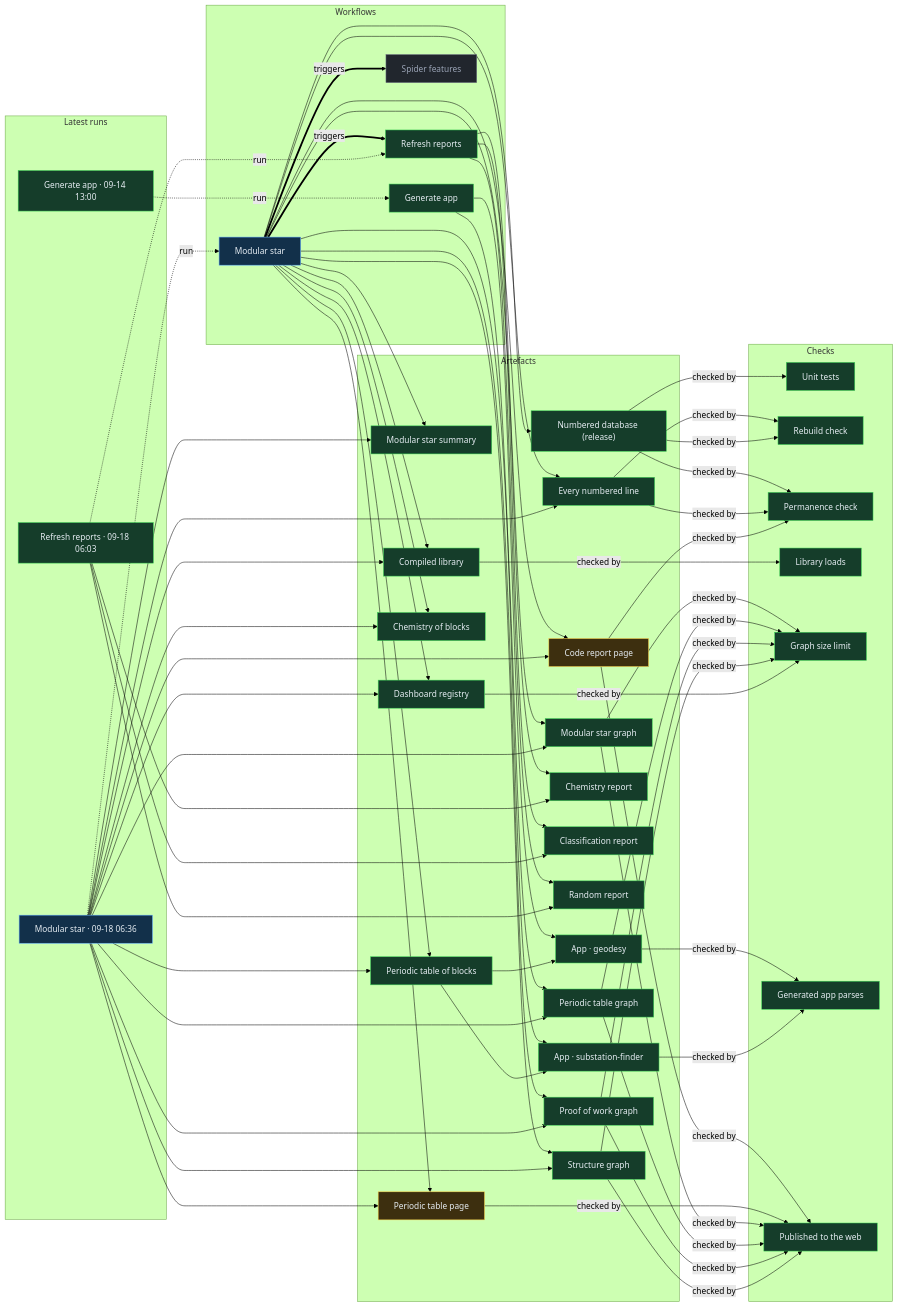
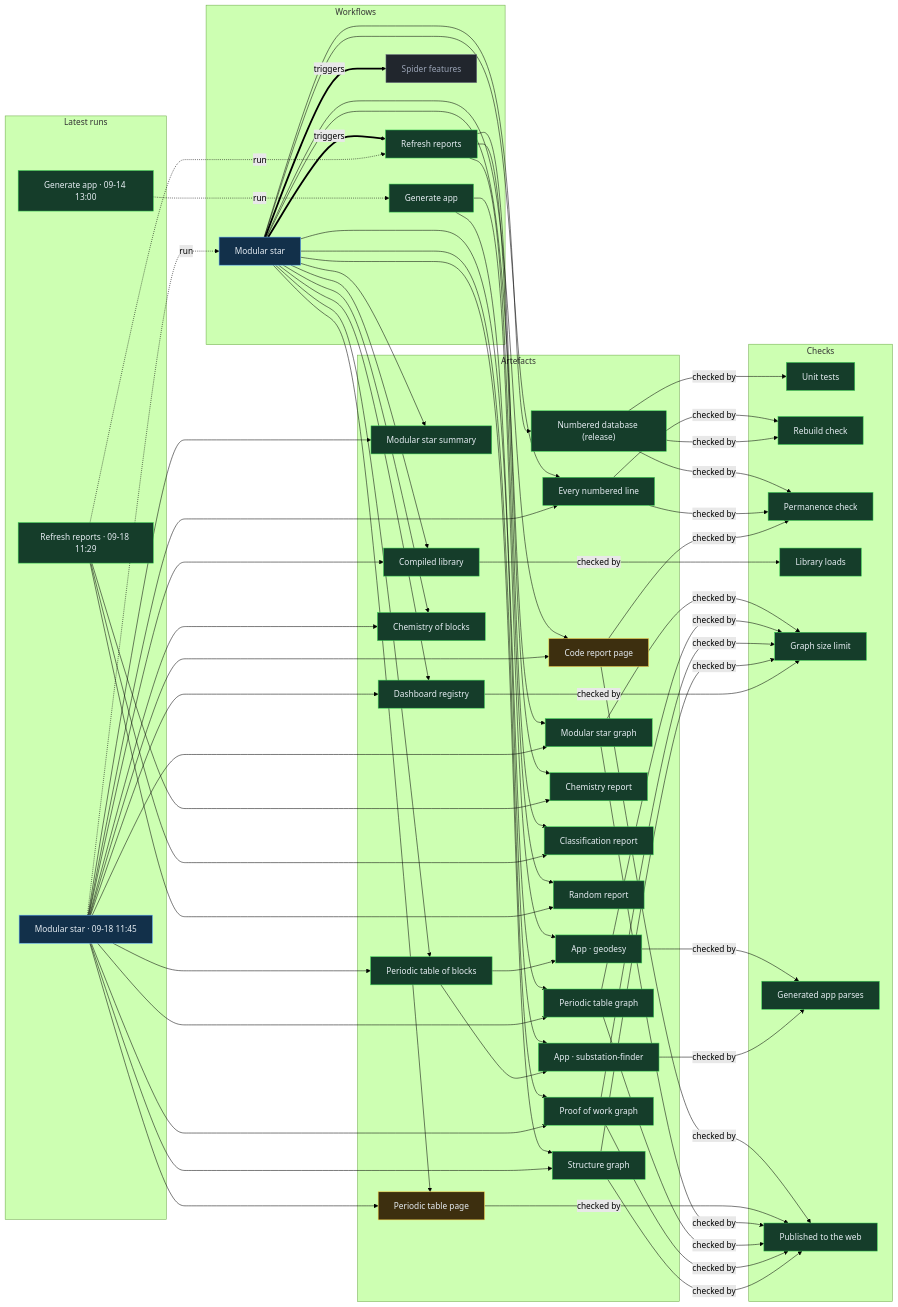
The diagram in proof/PROOF.md (Ventusltd/stars), drawn with Mermaid (forest theme) before and after one commit. The commit also changed other lines of this file and 99 other files, not shown here.

Commit message:
Modular star 2026-09-18T11:47Z

```diff
--- a/proof/PROOF.md
+++ b/proof/PROOF.md
@@ -24,8 +24,8 @@
   n_wf_spider_features["Spider features"]:::off
   end
   subgraph g_runs["Latest runs"]
-  n_run_35315587825["Modular star · 09-18 06:36"]:::live
-  n_run_35313301797["Refresh reports · 09-18 06:03"]:::ok
+  n_run_35341212016["Modular star · 09-18 11:45"]:::live
+  n_run_35339924554["Refresh reports · 09-18 11:29"]:::ok
   n_run_34846587798["Generate app · 09-14 13:00"]:::ok
   end
   subgraph g_artefacts["Artefacts"]
@@ -59,39 +59,39 @@
   end
   n_wf_modular_star == triggers ==> n_wf_refresh
   n_wf_modular_star == triggers ==> n_wf_spider_features
-  n_run_35315587825 -. run .-> n_wf_modular_star
-  n_run_35313301797 -. run .-> n_wf_refresh
+  n_run_35341212016 -. run .-> n_wf_modular_star
+  n_run_35339924554 -. run .-> n_wf_refresh
   n_run_34846587798 -. run .-> n_wf_generate
   n_wf_modular_star --> n_art_summary
-  n_run_35315587825 --> n_art_summary
+  n_run_35341212016 --> n_art_summary
   n_wf_modular_star --> n_art_lines
-  n_run_35315587825 --> n_art_lines
+  n_run_35341212016 --> n_art_lines
   n_wf_modular_star --> n_art_code
-  n_run_35315587825 --> n_art_code
+  n_run_35341212016 --> n_art_code
   n_wf_modular_star --> n_art_modular_graph
-  n_run_35315587825 --> n_art_modular_graph
+  n_run_35341212016 --> n_art_modular_graph
   n_wf_modular_star --> n_art_blocks
-  n_run_35315587825 --> n_art_blocks
+  n_run_35341212016 --> n_art_blocks
   n_wf_modular_star --> n_art_table
-  n_run_35315587825 --> n_art_table
+  n_run_35341212016 --> n_art_table
   n_wf_modular_star --> n_art_blocks_graph
-  n_run_35315587825 --> n_art_blocks_graph
+  n_run_35341212016 --> n_art_blocks_graph
   n_wf_modular_star --> n_art_reactions
-  n_run_35315587825 --> n_art_reactions
+  n_run_35341212016 --> n_art_reactions
   n_wf_modular_star --> n_art_library
-  n_run_35315587825 --> n_art_library
+  n_run_35341212016 --> n_art_library
   n_wf_modular_star --> n_art_features
-  n_run_35315587825 --> n_art_features
+  n_run_35341212016 --> n_art_features
   n_wf_modular_star --> n_art_proof
-  n_run_35315587825 --> n_art_proof
+  n_run_35341212016 --> n_art_proof
   n_wf_modular_star --> n_art_structure
-  n_run_35315587825 --> n_art_structure
+  n_run_35341212016 --> n_art_structure
   n_wf_refresh --> n_art_chemistry
-  n_run_35313301797 --> n_art_chemistry
+  n_run_35339924554 --> n_art_chemistry
   n_wf_refresh --> n_art_vedic
-  n_run_35313301797 --> n_art_vedic
+  n_run_35339924554 --> n_art_vedic
   n_wf_refresh --> n_art_random
-  n_run_35313301797 --> n_art_random
+  n_run_35339924554 --> n_art_random
   n_wf_modular_star --> n_art_release
   n_wf_generate --> n_app_geodesy
   n_art_blocks --> n_app_geodesy
```
